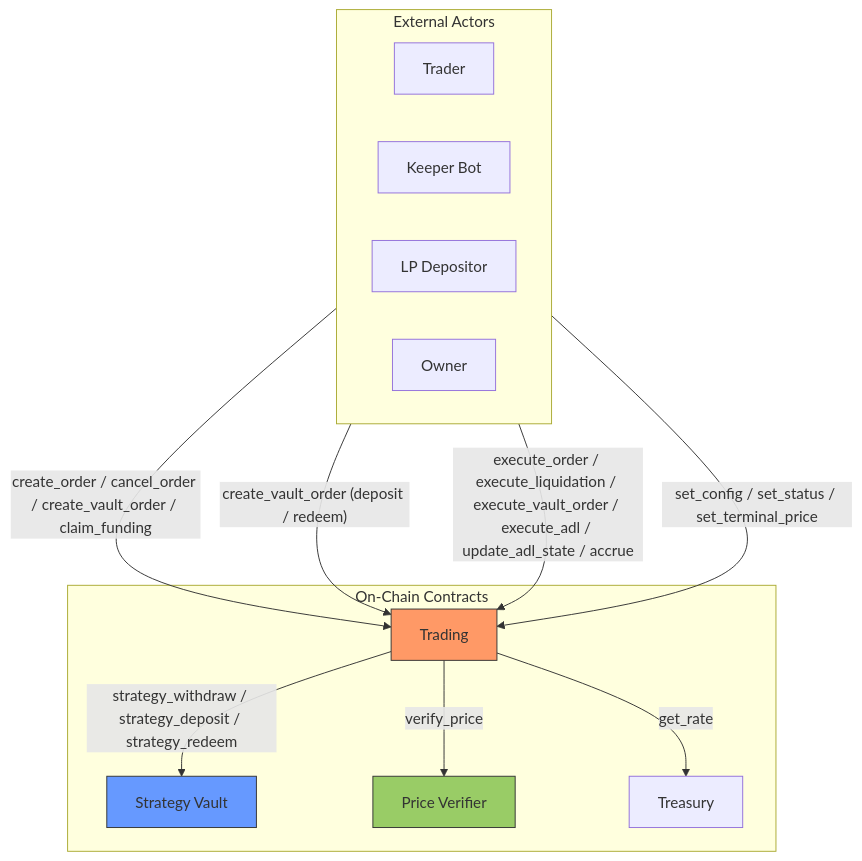
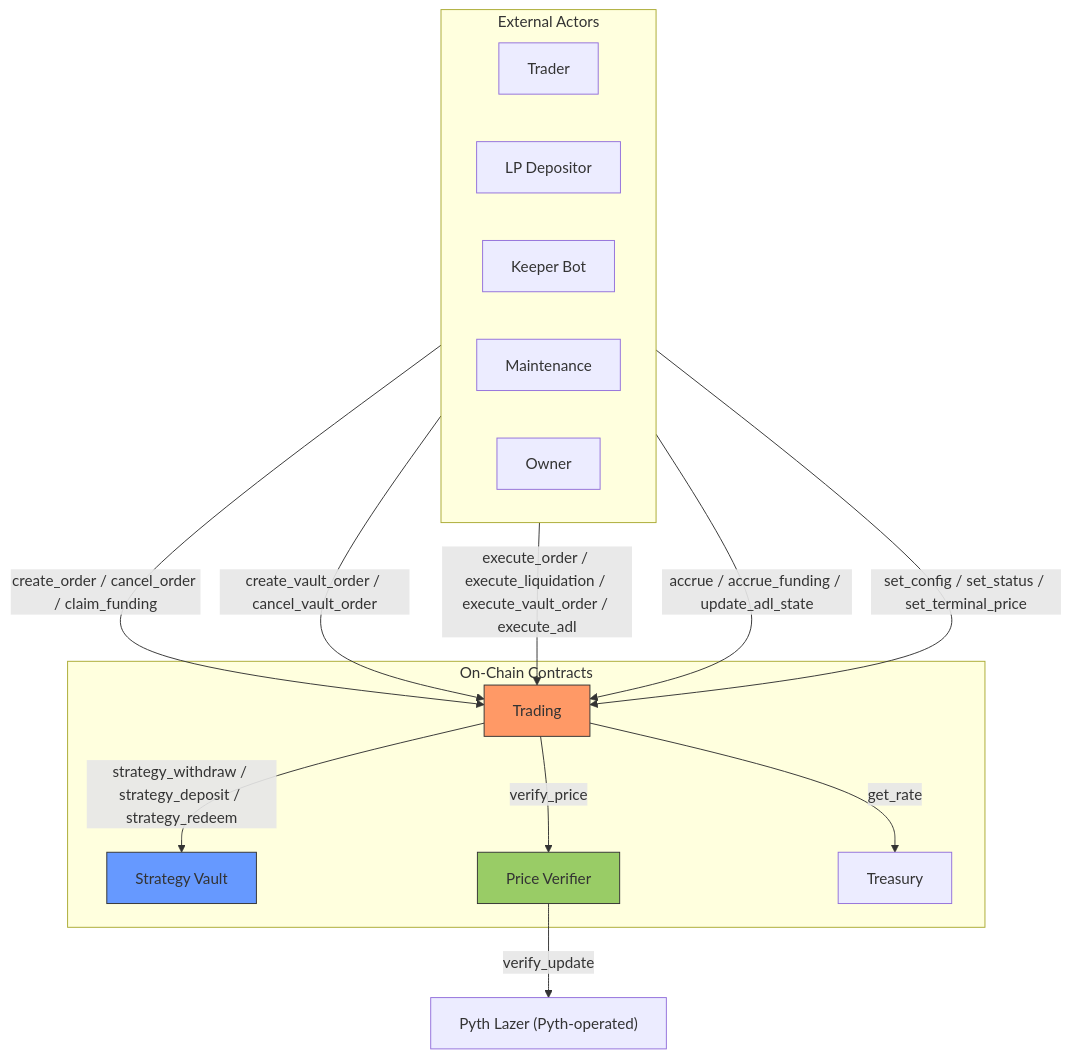
The diagram in technical/index.md (zenith-protocols/zenex-docs), drawn with Mermaid before and after one commit. The commit also changed other lines of this file and 1 other file, not shown here.

Commit message:
docs(technical): reconcile roles with data flow, document Lazer signer governance
The roles table gains the LP Depositor, the diagram gains the
Maintenance actor and cancel_vault_order, trade and vault intents
split between trader and LP, and Pyth's Lazer contract appears as
the verify_update delegation target. Price Verifier gets an
Upstream Signer Management section covering the Wormhole-VAA
governance flow and the update_lazer lever.

````diff
--- a/technical/index.md
+++ b/technical/index.md
@@ -41,30 +42,35 @@
 ```mermaid
 flowchart TB
     subgraph Actors["External Actors"]
         direction LR
         Trader["Trader"]
+        LP["LP Depositor"]
         Keeper["Keeper Bot"]
-        LP["LP Depositor"]
+        Maint["Maintenance"]
         Admin["Owner"]
     end
 
     subgraph Contracts["On-Chain Contracts"]
         Trading["Trading"]
         Vault["Strategy Vault"]
         PV["Price Verifier"]
         Treasury["Treasury"]
     end
 
-    Trader -->|"create_order / cancel_order / create_vault_order / claim_funding"| Trading
-    LP -->|"create_vault_order (deposit / redeem)"| Trading
-    Keeper -->|"execute_order / execute_liquidation / execute_vault_order / execute_adl / update_adl_state / accrue"| Trading
+    Lazer["Pyth Lazer (Pyth-operated)"]
+
+    Trader -->|"create_order / cancel_order / claim_funding"| Trading
+    LP -->|"create_vault_order / cancel_vault_order"| Trading
+    Keeper -->|"execute_order / execute_liquidation / execute_vault_order / execute_adl"| Trading
+    Maint -->|"accrue / accrue_funding / update_adl_state"| Trading
     Admin -->|"set_config / set_status / set_terminal_price"| Trading
 
     Trading -->|"verify_price"| PV
+    PV -->|"verify_update"| Lazer
     Trading -->|"strategy_withdraw / strategy_deposit / strategy_redeem"| Vault
     Trading -->|"get_rate"| Treasury
 
     style Trading fill:#f96,stroke:#333
     style Vault fill:#69f,stroke:#333
     style PV fill:#9c6,stroke:#333
 ```
````
